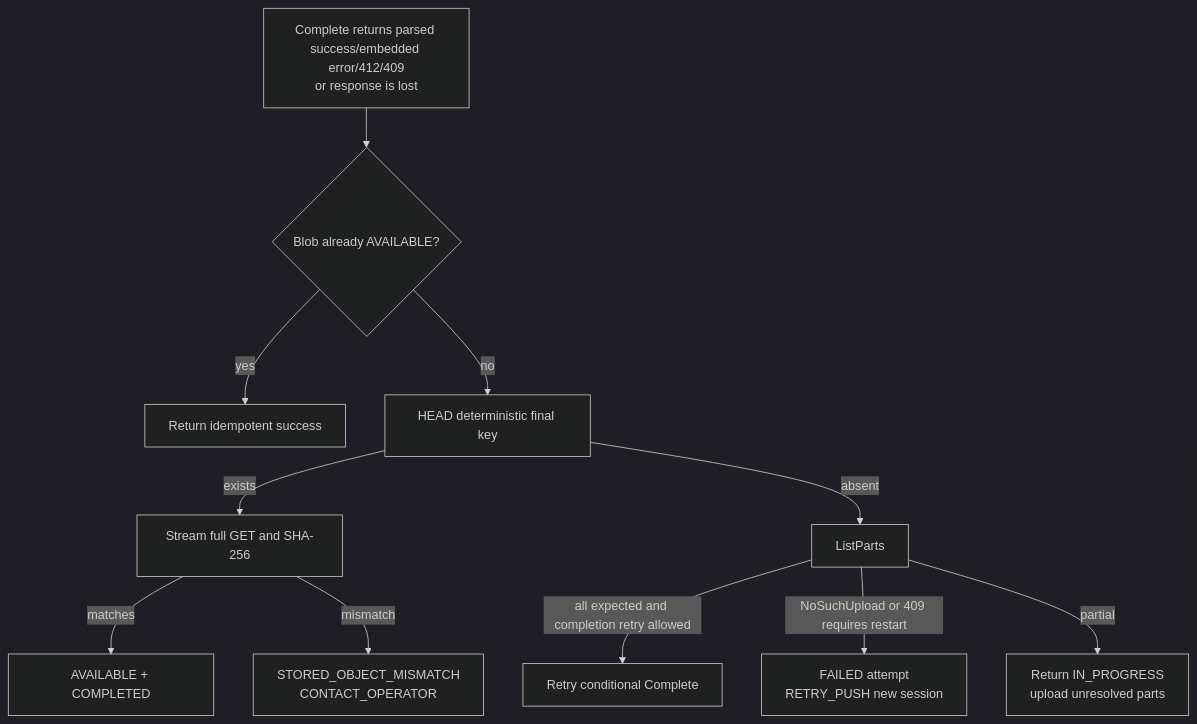
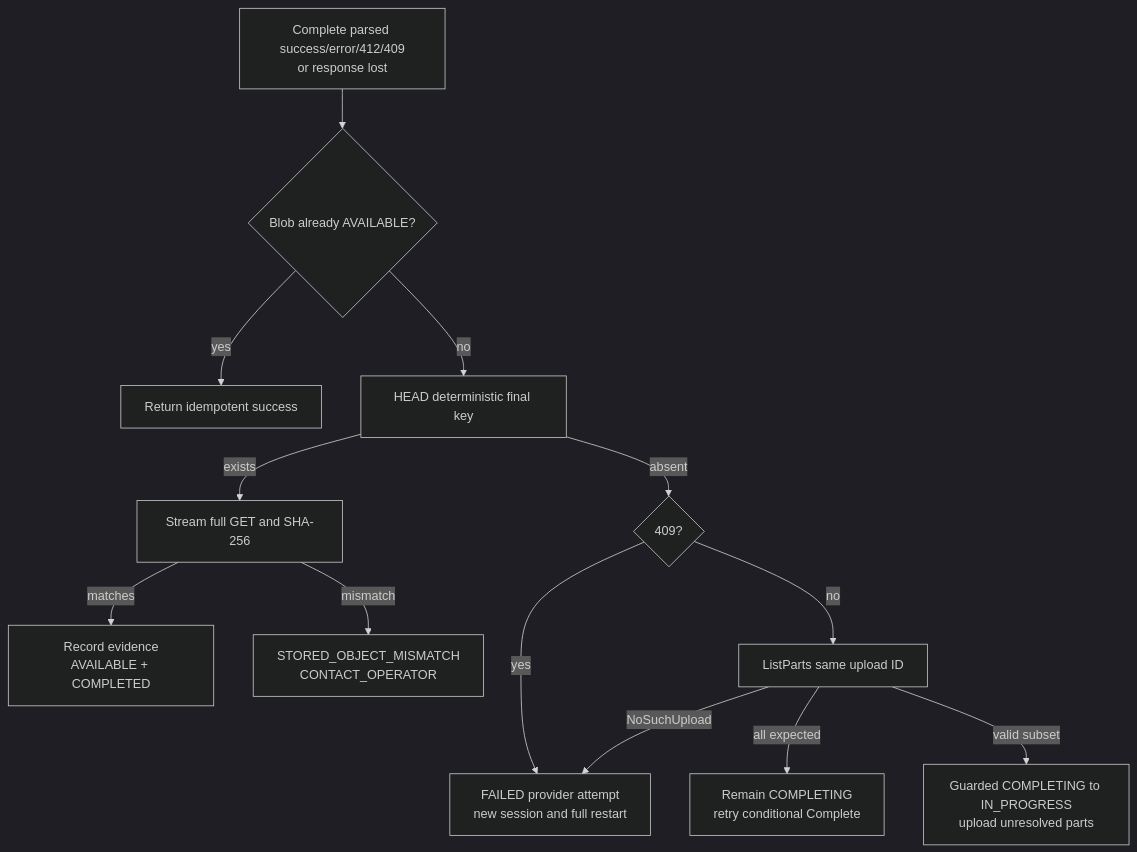
Before and after one commit to zbnerd/RoboLake: the diagram in docs/M2_FAILURE_AND_RECONCILIATION_MATRIX.md, drawn with Mermaid (dark theme). The commit also changed other lines of this file and 19 other files, not shown here.

````diff
--- a/docs/M2_FAILURE_AND_RECONCILIATION_MATRIX.md
+++ b/docs/M2_FAILURE_AND_RECONCILIATION_MATRIX.md
@@ -43,13 +62,15 @@
 ```mermaid
 flowchart TD
-    A[Complete returns parsed success/embedded error/412/409<br/>or response is lost] --> B{Blob already AVAILABLE?}
+    A[Complete parsed success/error/412/409<br/>or response lost] --> B{Blob already AVAILABLE?}
     B -->|yes| C[Return idempotent success]
     B -->|no| D[HEAD deterministic final key]
     D -->|exists| E[Stream full GET and SHA-256]
-    E -->|matches| F[AVAILABLE + COMPLETED]
+    E -->|matches| F[Record evidence<br/>AVAILABLE + COMPLETED]
     E -->|mismatch| G[STORED_OBJECT_MISMATCH<br/>CONTACT_OPERATOR]
-    D -->|absent| H[ListParts]
-    H -->|all expected and completion retry allowed| I[Retry conditional Complete]
-    H -->|NoSuchUpload or 409 requires restart| J[FAILED attempt<br/>RETRY_PUSH new session]
-    H -->|partial| K[Return IN_PROGRESS<br/>upload unresolved parts]
+    D -->|absent| H{409?}
+    H -->|yes| I[FAILED provider attempt<br/>new session and full restart]
+    H -->|no| J[ListParts same upload ID]
+    J -->|all expected| K[Remain COMPLETING<br/>retry conditional Complete]
+    J -->|valid subset| L[Guarded COMPLETING to IN_PROGRESS<br/>upload unresolved parts]
+    J -->|NoSuchUpload| I
 ```
````
